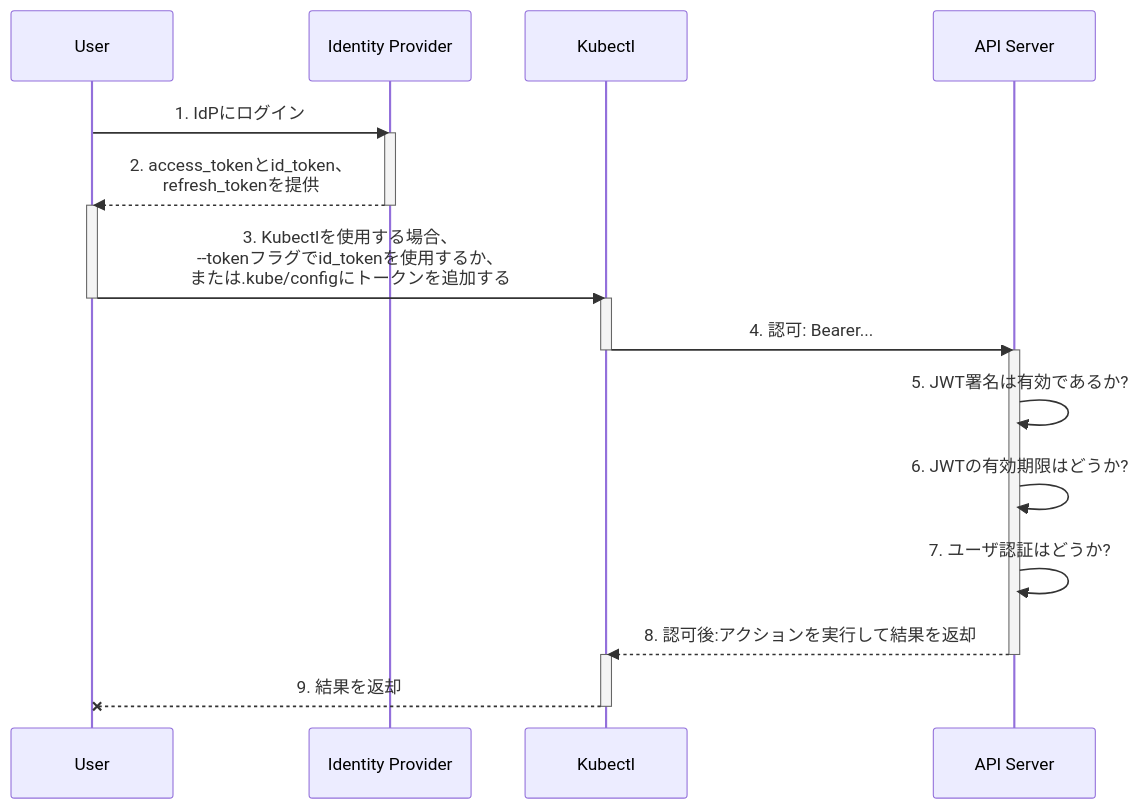
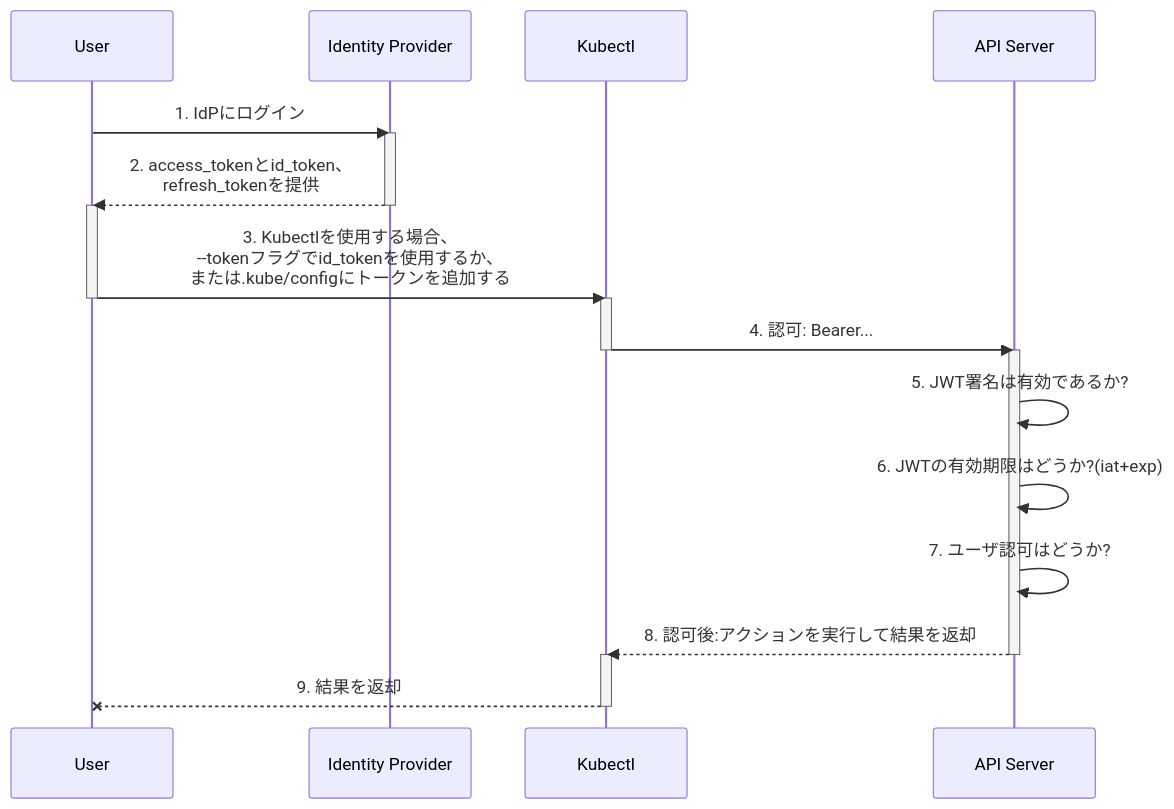
One commit to kubernetes/website changed the diagram in content/ja/docs/reference/access-authn-authz/authentication.md. Above: the diagram before and after it, drawn with Mermaid. The commit also changed other lines of this file, not shown here.

```diff
--- a/content/ja/docs/reference/access-authn-authz/authentication.md
+++ b/content/ja/docs/reference/access-authn-authz/authentication.md
@@ -198,27 +198,27 @@
 {{< mermaid >}}
 sequenceDiagram
     participant user as User
     participant idp as Identity Provider
     participant kube as Kubectl
     participant api as API Server
 
     user ->> idp: 1. IdPにログイン
     activate idp
     idp -->> user: 2. access_tokenとid_token、<br>refresh_tokenを提供
     deactivate idp
     activate user
     user ->> kube: 3. Kubectlを使用する場合、<br>--tokenフラグでid_tokenを使用するか、<br>または.kube/configにトークンを追加する
     deactivate user
     activate kube
     kube ->> api: 4. 認可: Bearer...
     deactivate kube
     activate api
     api ->> api: 5. JWT署名は有効であるか?
-    api ->> api: 6. JWTの有効期限はどうか?
-    api ->> api: 7. ユーザ認証はどうか?
+    api ->> api: 6. JWTの有効期限はどうか?(iat+exp)
+    api ->> api: 7. ユーザ認可はどうか?
     api -->> kube: 8. 認可後:アクションを実行して結果を返却
     deactivate api
     activate kube
     kube --x user: 9. 結果を返却
     deactivate kube
 {{< /mermaid >}}
```
